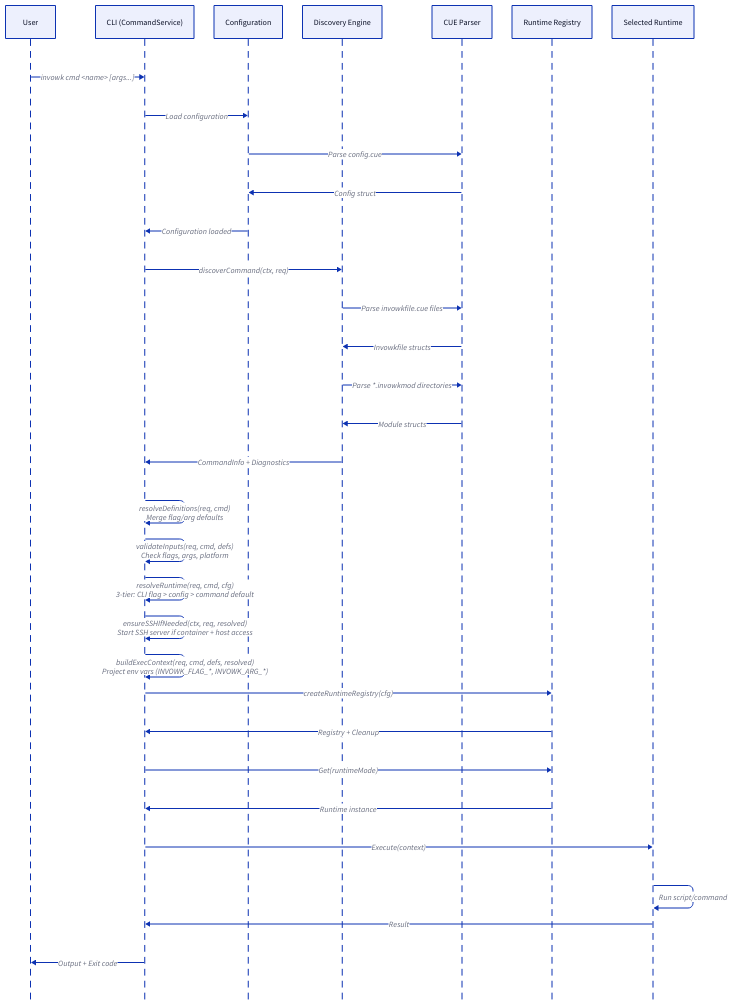
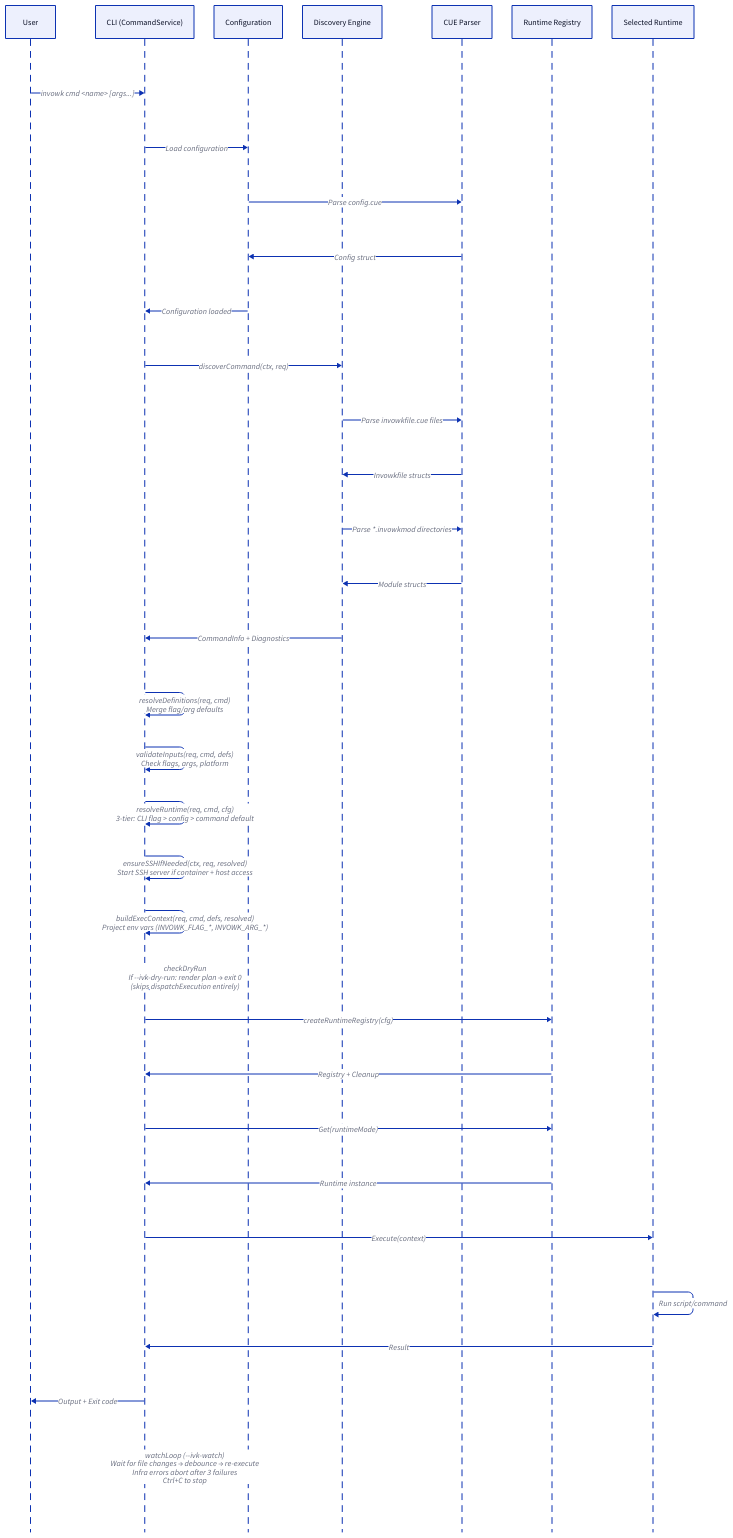
One commit to invowk/invowk changed the diagram in docs/diagrams/sequences/execution-main.d2. Above: the diagram before and after it, drawn with D2. The commit also changed 121 other files, not shown here. The source asks for the TALA layout; these drawings use dagre instead.

First line of the commit message:
feat: watch mode, dry-run, categories, timeout, metadata env vars, and cross-cutting type safety improvements (#60)

```diff
--- a/docs/diagrams/sequences/execution-main.d2
+++ b/docs/diagrams/sequences/execution-main.d2
@@ -1,65 +1,71 @@
 # Main Execution Sequence Diagram
 #
 # Shows the high-level flow of command execution from user request
 # through the 7-step commandService.Execute pipeline.
 #
 # Source: cmd/invowk/cmd_execute.go (commandService pipeline)
 
 vars: {
   d2-config: {
     layout-engine: tala
   }
 }
 
 shape: sequence_diagram
 
 # Participants
 User
 CLI: CLI (CommandService)
 Config: Configuration
 Disc: Discovery Engine
 CUE: CUE Parser
 Registry: Runtime Registry
 Runtime: Selected Runtime
 
 # Entry point
 User -> CLI: "invowk cmd <name> [args...]"
 
 # Step 1: discoverCommand
 CLI -> Config: Load configuration
 Config -> CUE: Parse config.cue
 CUE -> Config: Config struct
 Config -> CLI: Configuration loaded
 CLI -> Disc: "discoverCommand(ctx, req)"
 Disc -> CUE: Parse invowkfile.cue files
 CUE -> Disc: Invowkfile structs
 Disc -> CUE: Parse *.invowkmod directories
 CUE -> Disc: Module structs
 Disc -> CLI: "CommandInfo + Diagnostics"
 
 # Step 2: resolveDefinitions
 CLI -> CLI: "resolveDefinitions(req, cmd)\nMerge flag/arg defaults"
 
 # Step 3: validateInputs
 CLI -> CLI: "validateInputs(req, cmd, defs)\nCheck flags, args, platform"
 
 # Step 4: resolveRuntime
 CLI -> CLI: "resolveRuntime(req, cmd, cfg)\n3-tier: CLI flag > config > command default"
 
 # Step 5: ensureSSHIfNeeded
 CLI -> CLI: "ensureSSHIfNeeded(ctx, req, resolved)\nStart SSH server if container + host access"
 
 # Step 6: buildExecContext
 CLI -> CLI: "buildExecContext(req, cmd, defs, resolved)\nProject env vars (INVOWK_FLAG_*, INVOWK_ARG_*)"
 
+# Dry-run intercept (between buildExecContext and dispatchExecution)
+CLI -> CLI: "checkDryRun\nIf --ivk-dry-run: render plan → exit 0\n(skips dispatchExecution entirely)"
+
 # Step 7: dispatchExecution
 CLI -> Registry: "createRuntimeRegistry(cfg)"
 Registry -> CLI: "Registry + Cleanup"
 CLI -> Registry: "Get(runtimeMode)"
 Registry -> CLI: Runtime instance
 CLI -> Runtime: Execute(context)
 Runtime -> Runtime: Run script/command
 Runtime -> CLI: Result
 
 # Return result
 CLI -> User: Output + Exit code
+
+# Watch mode (when --ivk-watch, wraps entire pipeline)
+CLI -> CLI: "watchLoop (--ivk-watch)\nWait for file changes → debounce → re-execute\nInfra errors abort after 3 failures\nCtrl+C to stop"
```
